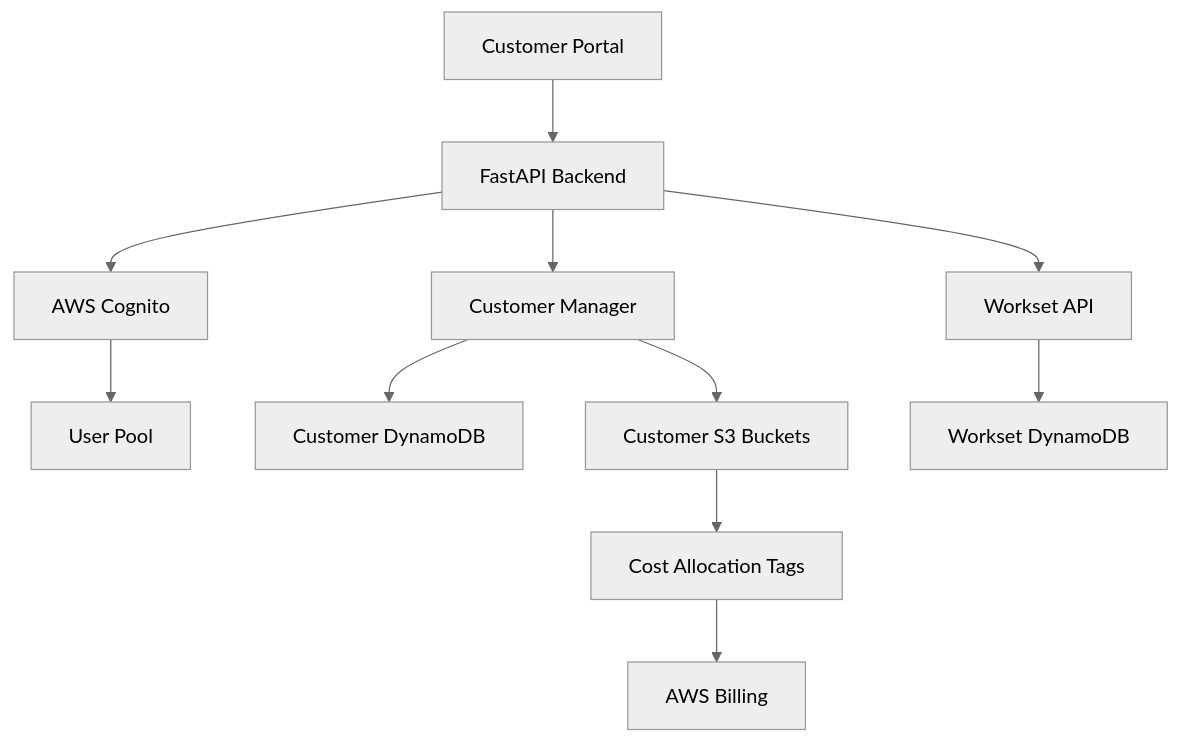
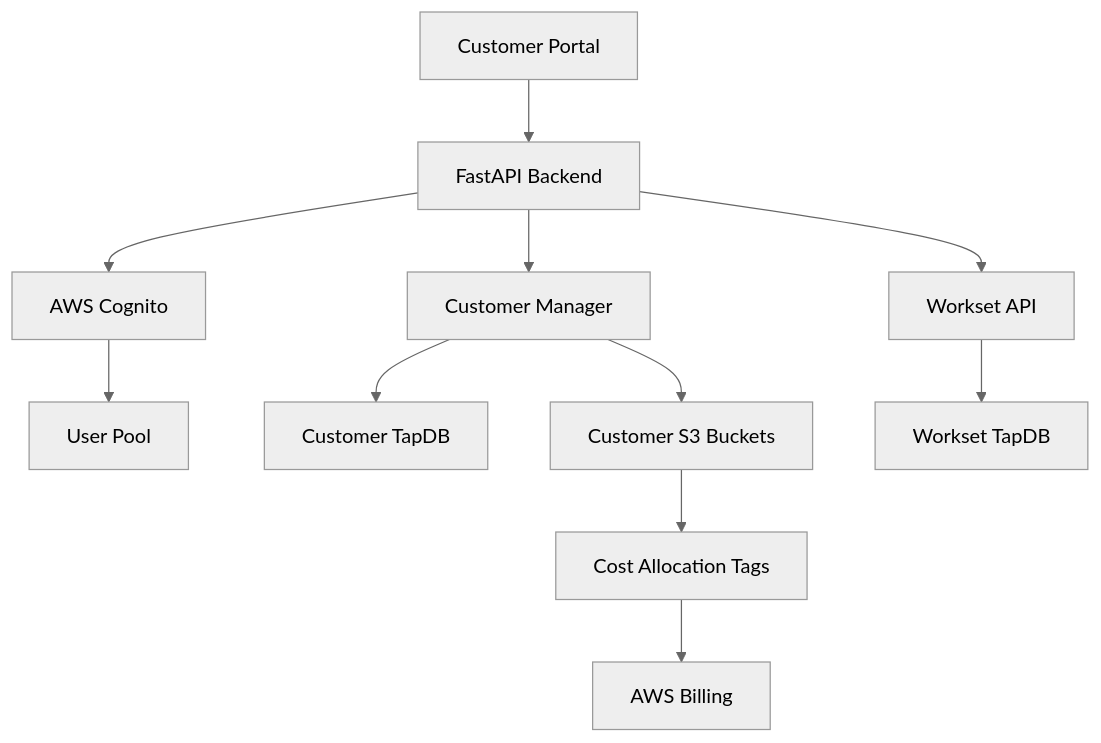
One commit to Daylily-Informatics/daylily-ursa changed the diagram in docs/CUSTOMER_PORTAL.md. Above: the diagram before and after it, drawn with Mermaid (neutral theme). The commit also changed other lines of this file and 77 other files, not shown here.

````diff
--- a/docs/CUSTOMER_PORTAL.md
+++ b/docs/CUSTOMER_PORTAL.md
@@ -16,15 +16,15 @@
 ```mermaid
 graph TB
     A[Customer Portal] --> B[FastAPI Backend]
     B --> C[AWS Cognito]
     B --> D[Customer Manager]
     B --> E[Workset API]
     
     C --> F[User Pool]
-    D --> G[Customer DynamoDB]
+    D --> G[Customer TapDB]
     D --> H[Customer S3 Buckets]
-    E --> I[Workset DynamoDB]
+    E --> I[Workset TapDB]
     
     H --> J[Cost Allocation Tags]
     J --> K[AWS Billing]
 ```
````
